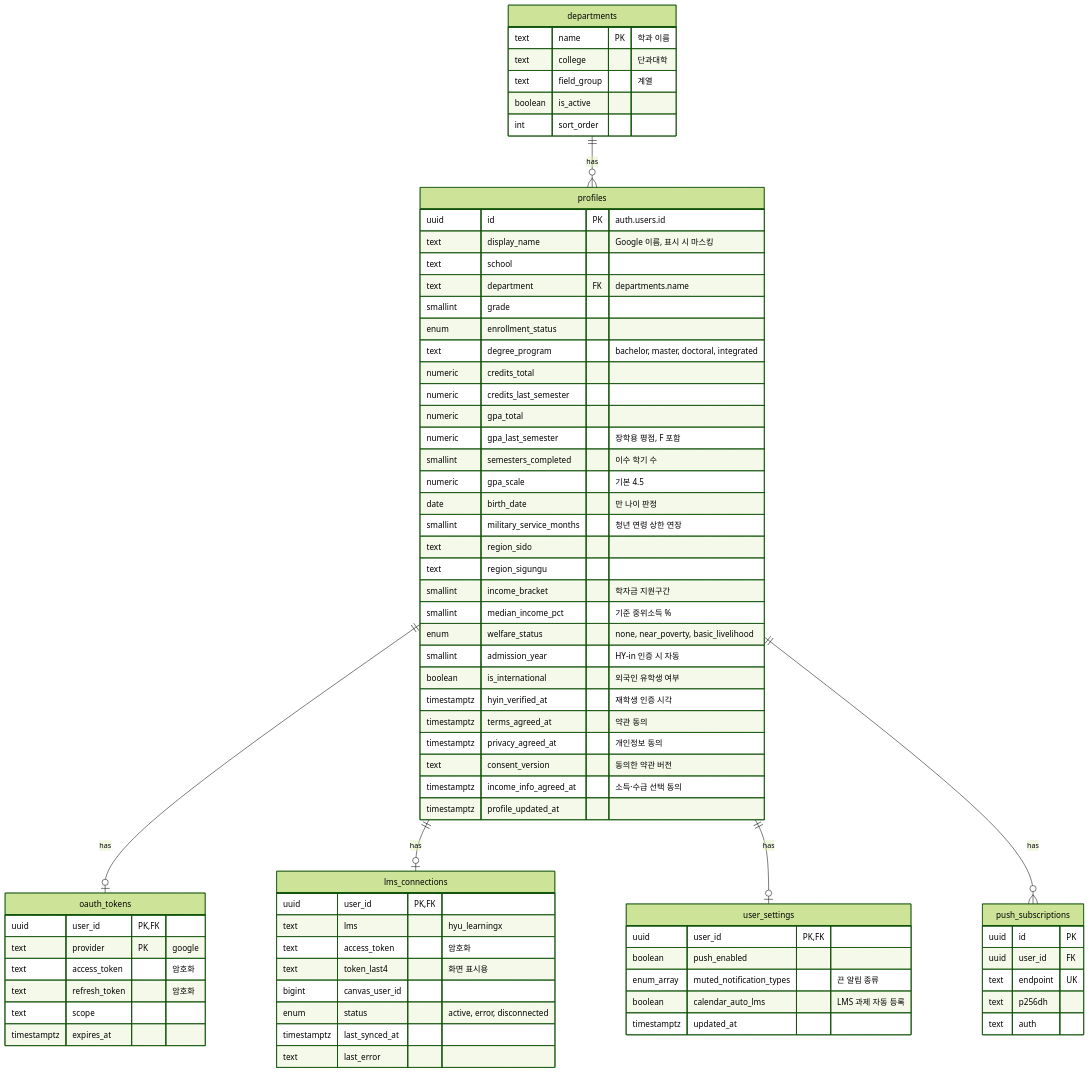
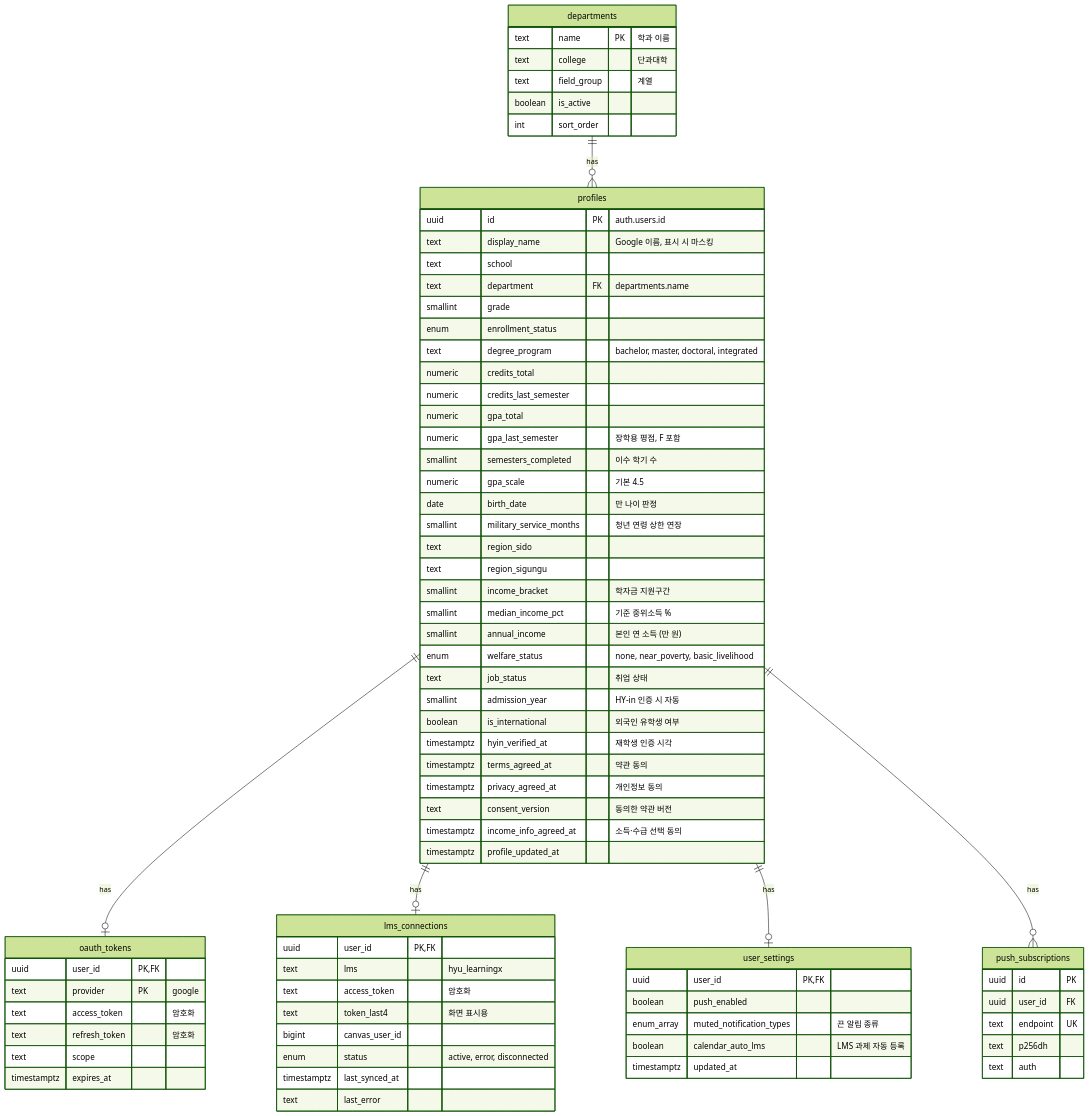
Before and after one commit to Happy623623/Unipivot: the second of 6 diagrams in docs/ERD_v0.9.md, drawn with Mermaid (forest theme). The commit also changed other lines of this file and 25 other files, not shown here.

````diff
--- a/docs/ERD_v0.9.md
+++ b/docs/ERD_v0.9.md
@@ -128,77 +128,79 @@
 ```mermaid
 erDiagram
     profiles {
         uuid id PK "auth.users.id"
         text display_name "Google 이름, 표시 시 마스킹"
         text school
         text department FK "departments.name"
         smallint grade
         enum enrollment_status
         text degree_program "bachelor, master, doctoral, integrated"
         numeric credits_total
         numeric credits_last_semester
         numeric gpa_total
         numeric gpa_last_semester "장학용 평점, F 포함"
         smallint semesters_completed "이수 학기 수"
         numeric gpa_scale "기본 4.5"
         date birth_date "만 나이 판정"
         smallint military_service_months "청년 연령 상한 연장"
         text region_sido
         text region_sigungu
         smallint income_bracket "학자금 지원구간"
         smallint median_income_pct "기준 중위소득 %"
+        smallint annual_income "본인 연 소득 (만 원)"
         enum welfare_status "none, near_poverty, basic_livelihood"
+        text job_status "취업 상태"
         smallint admission_year "HY-in 인증 시 자동"
         boolean is_international "외국인 유학생 여부"
         timestamptz hyin_verified_at "재학생 인증 시각"
         timestamptz terms_agreed_at "약관 동의"
         timestamptz privacy_agreed_at "개인정보 동의"
         text consent_version "동의한 약관 버전"
         timestamptz income_info_agreed_at "소득·수급 선택 동의"
         timestamptz profile_updated_at
     }
     departments {
         text name PK "학과 이름"
         text college "단과대학"
         text field_group "계열"
         boolean is_active
         int sort_order
     }
     oauth_tokens {
         uuid user_id PK, FK
         text provider PK "google"
         text access_token "암호화"
         text refresh_token "암호화"
         text scope
         timestamptz expires_at
     }
     lms_connections {
         uuid user_id PK, FK
         text lms "hyu_learningx"
         text access_token "암호화"
         text token_last4 "화면 표시용"
         bigint canvas_user_id
         enum status "active, error, disconnected"
         timestamptz last_synced_at
         text last_error
     }
     user_settings {
         uuid user_id PK, FK
         boolean push_enabled
         enum_array muted_notification_types "끈 알림 종류"
         boolean calendar_auto_lms "LMS 과제 자동 등록"
         timestamptz updated_at
     }
     push_subscriptions {
         uuid id PK
         uuid user_id FK
         text endpoint UK
         text p256dh
         text auth
     }
     departments ||--o{ profiles : "has"
     profiles ||--o| oauth_tokens : "has"
     profiles ||--o| lms_connections : "has"
     profiles ||--o| user_settings : "has"
     profiles ||--o{ push_subscriptions : "has"
 ```
````
